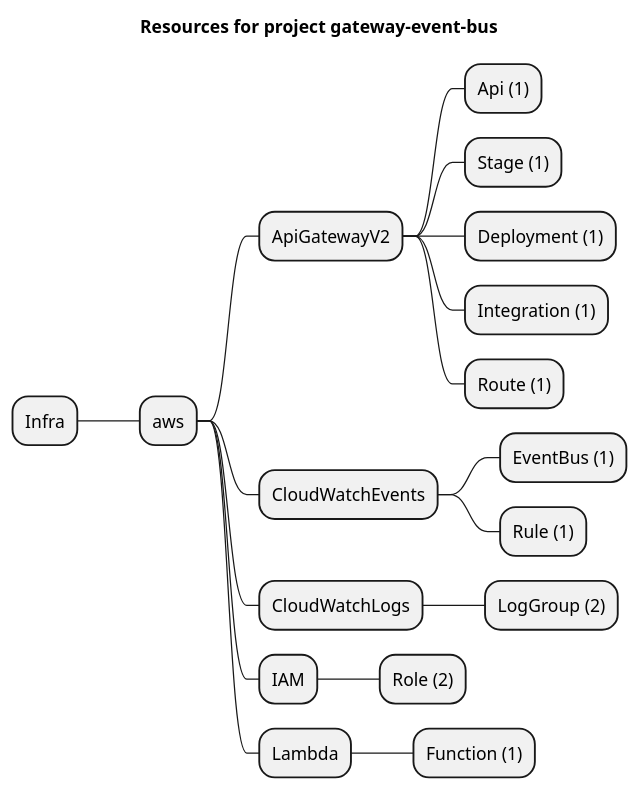
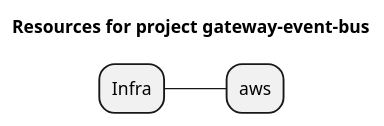
One commit to grucloud/grucloud changed the diagram in examples/aws/ApiGatewayV2/gateway-event-bus/artifacts/resources-mindmap.puml. Above: the diagram before and after it, drawn with PlantUML. The commit also changed 32 other files, not shown here.

```diff
--- a/examples/aws/ApiGatewayV2/gateway-event-bus/artifacts/resources-mindmap.puml
+++ b/examples/aws/ApiGatewayV2/gateway-event-bus/artifacts/resources-mindmap.puml
@@ -1,21 +1,7 @@
 @startmindmap
 title Resources for project gateway-event-bus
 skinparam monochrome true
 + Infra
 ++ aws
-+++ ApiGatewayV2
-++++ Api (1)
-++++ Stage (1)
-++++ Deployment (1)
-++++ Integration (1)
-++++ Route (1)
-+++ CloudWatchEvents
-++++ EventBus (1)
-++++ Rule (1)
-+++ CloudWatchLogs
-++++ LogGroup (2)
-+++ IAM
-++++ Role (2)
-+++ Lambda
-++++ Function (1)
+
 @endmindmap
```
